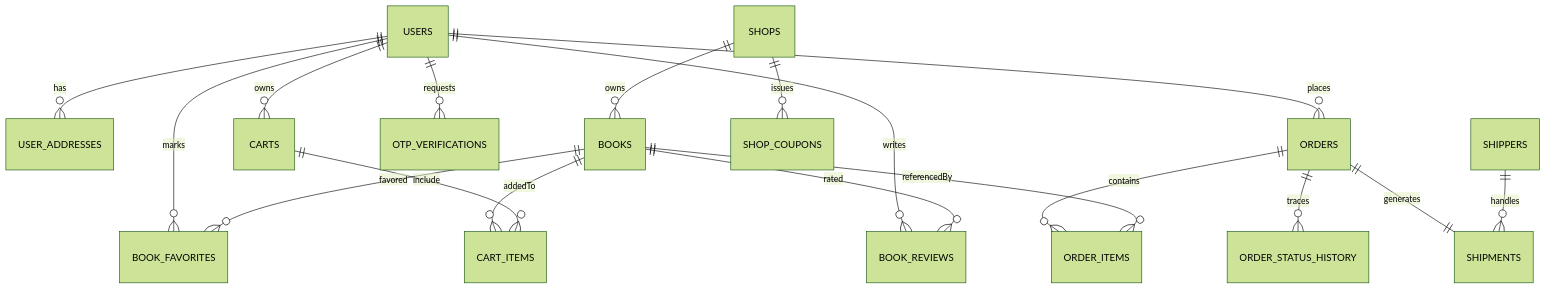
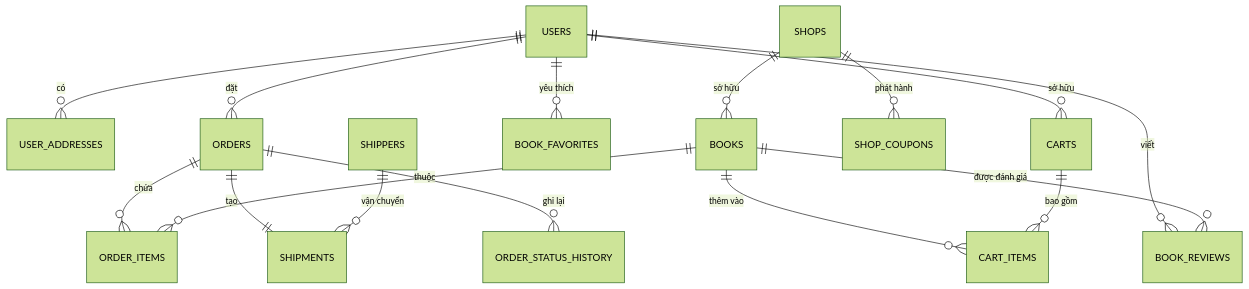
Before and after one commit to Moseyuh333/JVA-bookstore: the third of 3 diagrams in README.md, drawn with Mermaid (forest theme). The commit also changed other lines of this file and 35 other files, not shown here.

````diff
--- a/README.md
+++ b/README.md
@@ -210,20 +265,18 @@
 ```mermaid
 erDiagram
-    USERS ||--o{ USER_ADDRESSES : has
-    USERS ||--o{ ORDERS : places
-    USERS ||--o{ CARTS : owns
-    USERS ||--o{ BOOK_REVIEWS : writes
-    USERS ||--o{ BOOK_FAVORITES : marks
-    USERS ||--o{ OTP_VERIFICATIONS : requests
-    ORDERS ||--o{ ORDER_ITEMS : contains
-    ORDERS ||--|| SHIPMENTS : generates
-    ORDERS ||--o{ ORDER_STATUS_HISTORY : traces
-    BOOKS ||--o{ ORDER_ITEMS : referencedBy
-    BOOKS ||--o{ BOOK_REVIEWS : rated
-    BOOKS ||--o{ BOOK_FAVORITES : favored
-    BOOKS ||--o{ CART_ITEMS : addedTo
-    CARTS ||--o{ CART_ITEMS : include
-    SHOPS ||--o{ BOOKS : owns
-    SHOPS ||--o{ SHOP_COUPONS : issues
-    SHIPPERS ||--o{ SHIPMENTS : handles
+    USERS ||--o{ USER_ADDRESSES : "có"
+    USERS ||--o{ ORDERS : "đặt"
+    USERS ||--o{ CARTS : "sở hữu"
+    USERS ||--o{ BOOK_REVIEWS : "viết"
+    USERS ||--o{ BOOK_FAVORITES : "yêu thích"
+    ORDERS ||--o{ ORDER_ITEMS : "chứa"
+    ORDERS ||--|| SHIPMENTS : "tạo"
+    ORDERS ||--o{ ORDER_STATUS_HISTORY : "ghi lại"
+    BOOKS ||--o{ ORDER_ITEMS : "thuộc"
+    BOOKS ||--o{ BOOK_REVIEWS : "được đánh giá"
+    BOOKS ||--o{ CART_ITEMS : "thêm vào"
+    CARTS ||--o{ CART_ITEMS : "bao gồm"
+    SHOPS ||--o{ BOOKS : "sở hữu"
+    SHOPS ||--o{ SHOP_COUPONS : "phát hành"
+    SHIPPERS ||--o{ SHIPMENTS : "vận chuyển"
 ```
````
